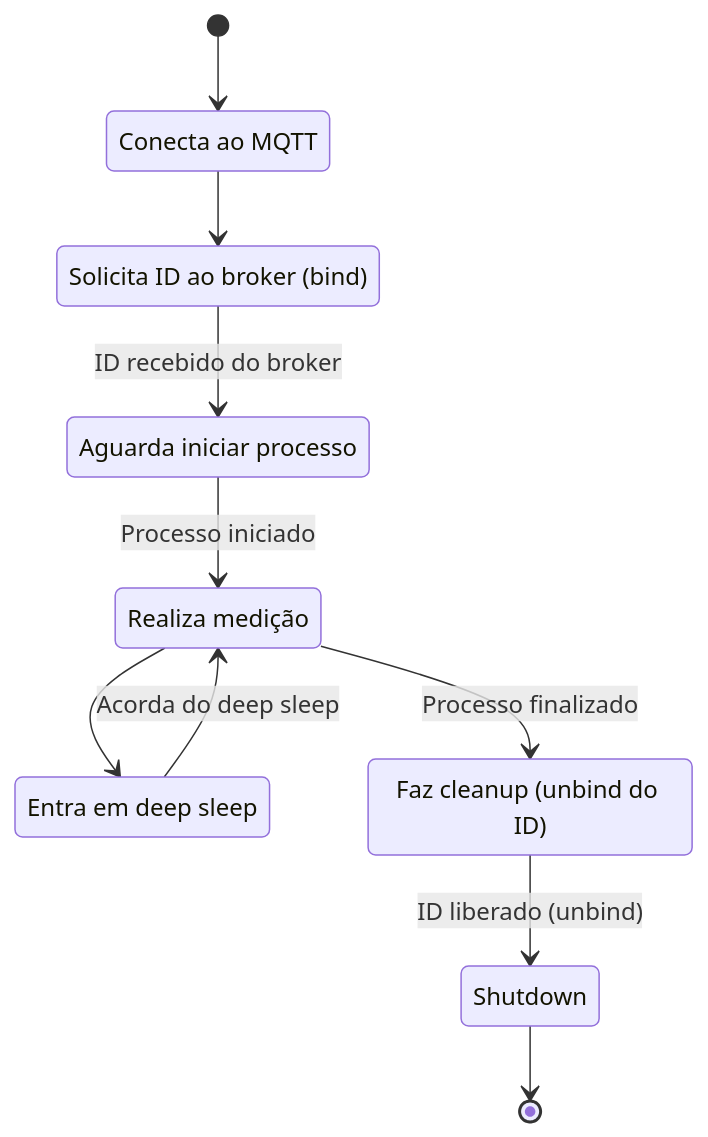
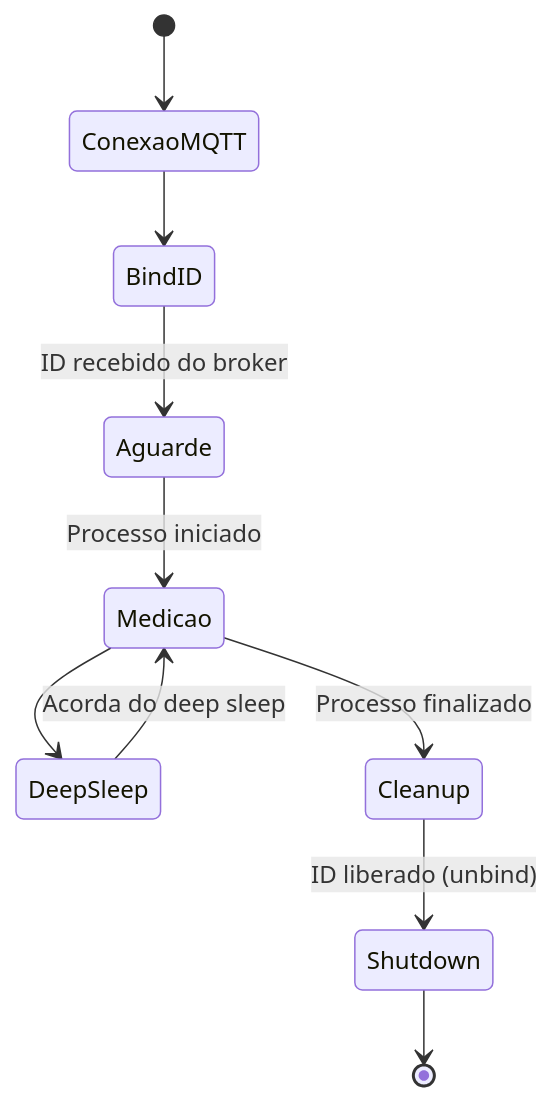
The third of 3 diagrams in docs/embarcado.md (ECA-UFSC-FLN/2025.2-g9-sensorumidadewireless), drawn with Mermaid before and after one commit. The commit also changed other lines of this file and 19 other files, not shown here.

Commit message:
feat: created hal and interfaces to follow solid architecture

````diff
--- a/docs/embarcado.md
+++ b/docs/embarcado.md
@@ -1,22 +96,13 @@
 ```mermaid
 stateDiagram
-  direction TB
-  [*] --> ConexaoMQTT
-  ConexaoMQTT --> BindID
-  BindID --> Aguarde:ID recebido do broker
-  Aguarde --> Medicao:Processo iniciado
-  Medicao --> DeepSleep
-  DeepSleep --> Medicao:Acorda do deep sleep
-  Medicao --> Cleanup:Processo finalizado
-  Cleanup --> Shutdown:ID liberado (unbind)
-  Shutdown --> [*]
-
-  %% Descrição dos estados
-  ConexaoMQTT:Conecta ao MQTT
-  BindID:Solicita ID ao broker (bind)
-  Aguarde:Aguarda iniciar processo
-  Medicao:Realiza medição
-  DeepSleep:Entra em deep sleep
-  Cleanup:Faz cleanup (unbind do ID)
-  Shutdown:Shutdown
+    direction TB
+    [*] --> ConexaoMQTT
+    ConexaoMQTT --> BindID
+    BindID --> Aguarde: ID recebido do broker
+    Aguarde --> Medicao: Processo iniciado
+    Medicao --> DeepSleep
+    DeepSleep --> Medicao: Acorda do deep sleep
+    Medicao --> Cleanup: Processo finalizado
+    Cleanup --> Shutdown: ID liberado (unbind)
+    Shutdown --> [*]
 ```
````
